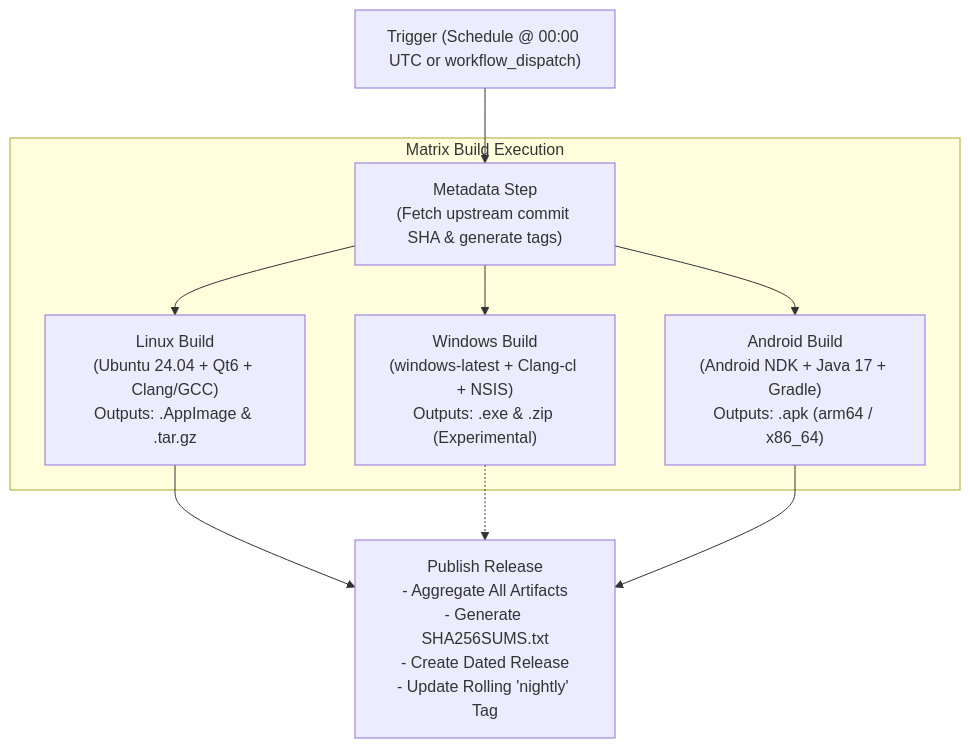
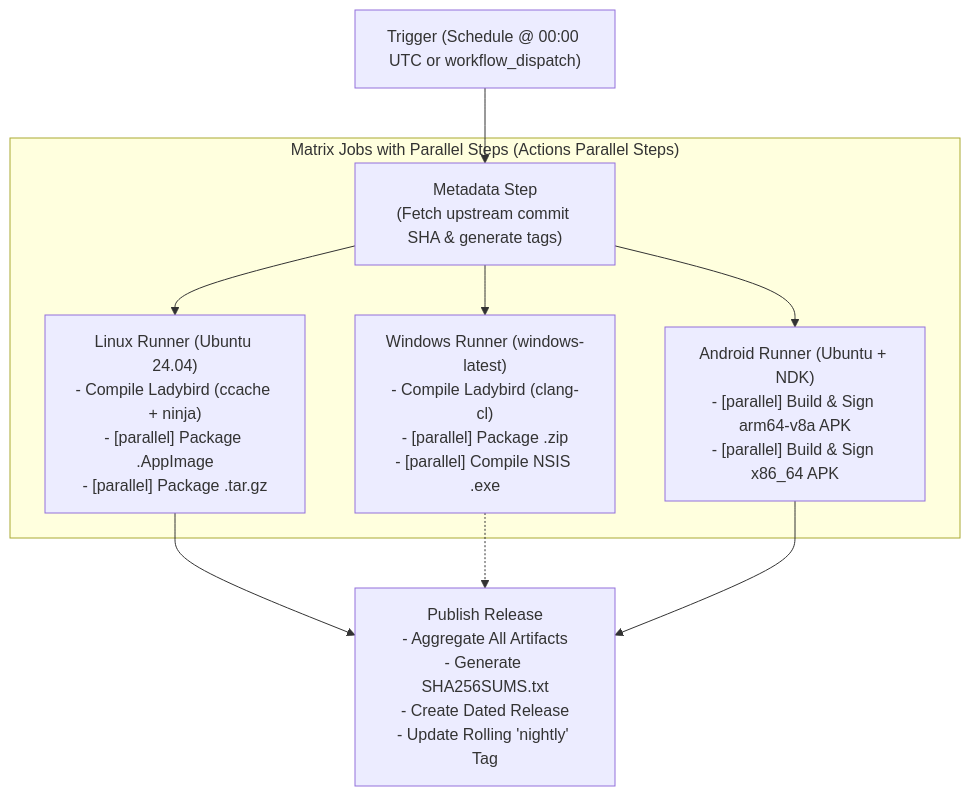
Before and after one commit to ikafly144/ladybird-builds: the diagram in README.md, drawn with Mermaid. The commit also changed 7 other files, not shown here.

Commit message:
feat: parallelize packaging steps using Actions parallel steps

````diff
--- a/README.md
+++ b/README.md
@@ -28,14 +28,14 @@
 ```mermaid
 flowchart TD
     Trigger["Trigger (Schedule @ 00:00 UTC or workflow_dispatch)"] --> Meta["Metadata Step\n(Fetch upstream commit SHA & generate tags)"]
     
-    subgraph BuildJobs ["Matrix Build Execution"]
-        Meta --> Linux["Linux Build\n(Ubuntu 24.04 + Qt6 + Clang/GCC)\nOutputs: .AppImage & .tar.gz"]
-        Meta --> Windows["Windows Build\n(windows-latest + Clang-cl + NSIS)\nOutputs: .exe & .zip (Experimental)"]
-        Meta --> Android["Android Build\n(Android NDK + Java 17 + Gradle)\nOutputs: .apk (arm64 / x86_64)"]
+    subgraph BuildJobs ["Matrix Jobs with Parallel Steps (Actions Parallel Steps)"]
+        Meta --> Linux["Linux Runner (Ubuntu 24.04)\n- Compile Ladybird (ccache + ninja)\n- [parallel] Package .AppImage\n- [parallel] Package .tar.gz"]
+        Meta --> Windows["Windows Runner (windows-latest)\n- Compile Ladybird (clang-cl)\n- [parallel] Package .zip\n- [parallel] Compile NSIS .exe"]
+        Meta --> Android["Android Runner (Ubuntu + NDK)\n- [parallel] Build & Sign arm64-v8a APK\n- [parallel] Build & Sign x86_64 APK"]
     end
     
     Linux --> Release["Publish Release\n- Aggregate All Artifacts\n- Generate SHA256SUMS.txt\n- Create Dated Release\n- Update Rolling 'nightly' Tag"]
     Windows -.-> Release
     Android --> Release
 ```
````
